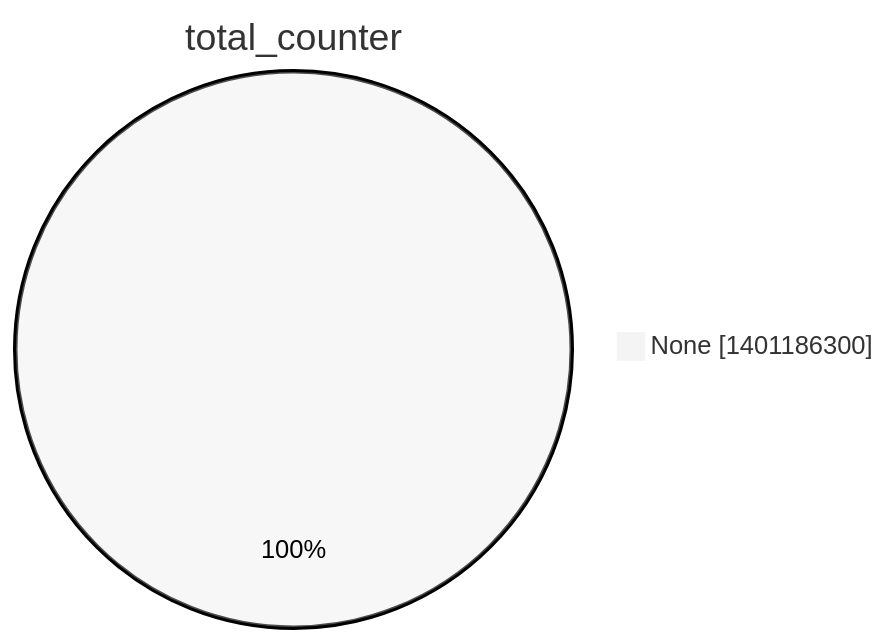
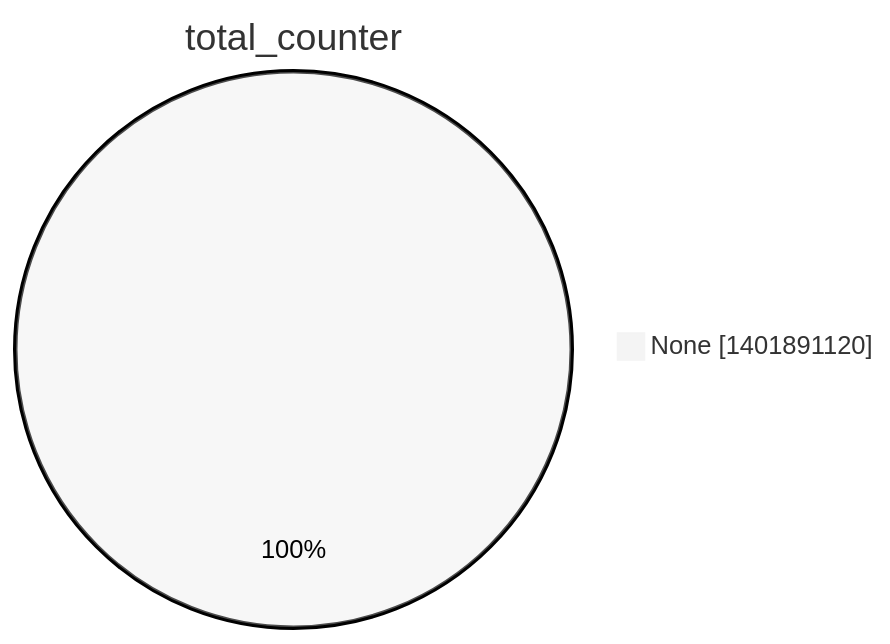
The second of 15 diagrams in argon2022/README.md (christiankrug/ctmonitor_visualization), drawn with Mermaid (neutral theme) before and after one commit. The commit also changed other lines of this file, not shown here.

````diff
--- a/argon2022/README.md
+++ b/argon2022/README.md
@@ -9,5 +9,5 @@
 ```mermaid
 pie showData
 title total_counter
-"None" :1401186300
+"None" :1401891120
 ```
````
